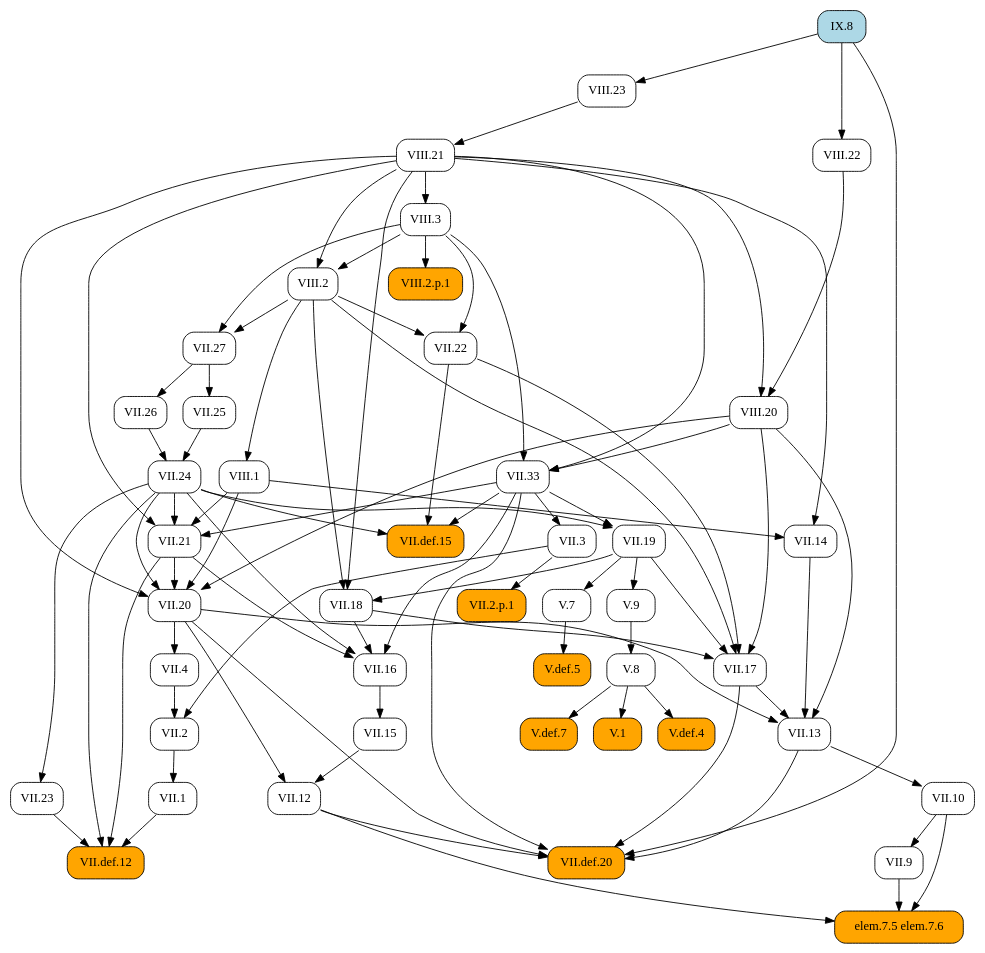
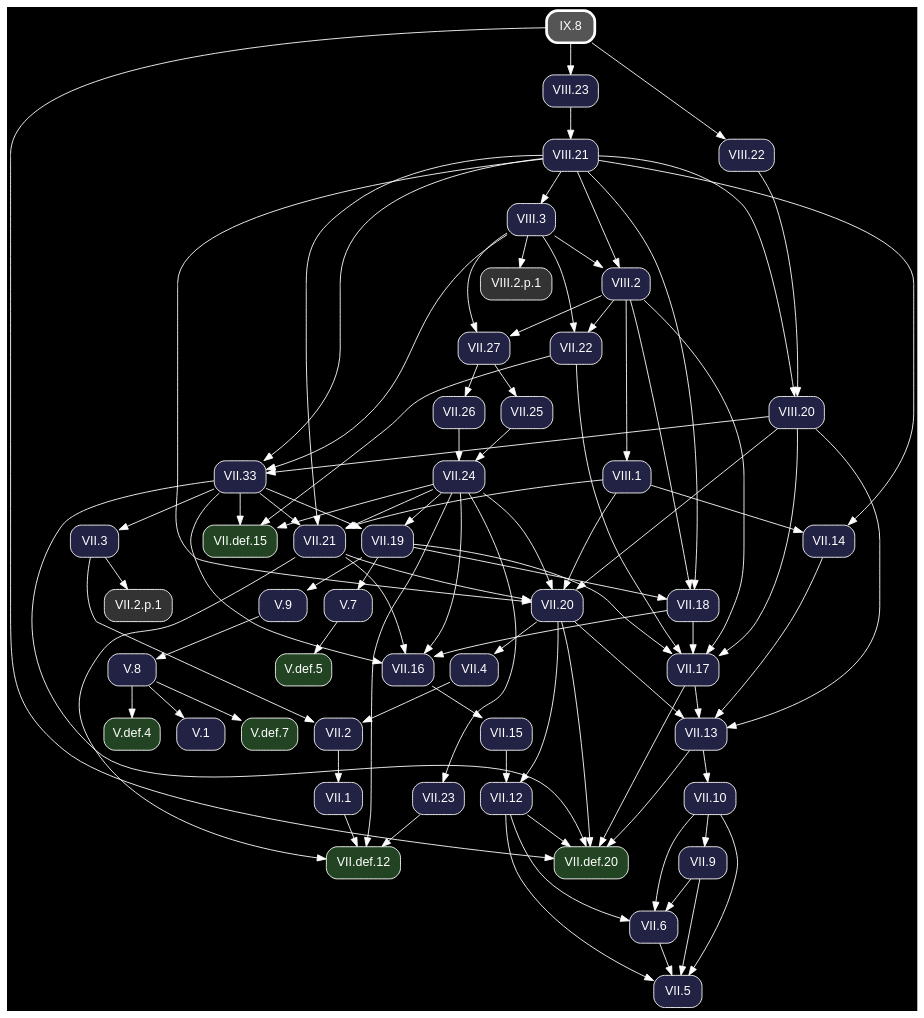
The diagram in docsrc/heath/IX/8/index.rst (geometor/elements), drawn with Graphviz before and after one commit. The commit also changed other lines of this file and 1200 other files, not shown here.

Commit message:
update dependency graphs

```diff
--- a/docsrc/heath/IX/8/index.rst
+++ b/docsrc/heath/IX/8/index.rst
@@ -52,94 +52,62 @@
 .. graphviz::
 
    digraph {
+     bgcolor="black";
+     node [shape=box, style="rounded,filled", fontname="Helvetica", color="white", fontcolor="white"];
+     edge [color="white", fontcolor="white"];
      rankdir="TB";
-     node [shape=box, style=rounded];
-     "VII.33" [URL="/heath/VII/33/", target="_top"];
-     "VII.12" [URL="/heath/VII/12/", target="_top"];
-     "IX.8" [style="rounded,filled", fillcolor=lightblue, URL="/heath/IX/8/", target="_top"];
-     "elem.7.5 elem.7.6" [style="rounded,filled", fillcolor=orange];
-     "VIII.20" [URL="/heath/VIII/20/", target="_top"];
-     "VII.9" [URL="/heath/VII/9/", target="_top"];
-     "VIII.2" [URL="/heath/VIII/2/", target="_top"];
-     "VII.18" [URL="/heath/VII/18/", target="_top"];
-     "VII.16" [URL="/heath/VII/16/", target="_top"];
-     "V.7" [URL="/heath/V/7/", target="_top"];
-     "VII.26" [URL="/heath/VII/26/", target="_top"];
-     "V.def.5" [style="rounded,filled", fillcolor=orange, URL="/heath/V/def.5/", target="_top"];
-     "V.9" [URL="/heath/V/9/", target="_top"];
-     "VII.10" [URL="/heath/VII/10/", target="_top"];
-     "VIII.3" [URL="/heath/VIII/3/", target="_top"];
-     "VII.13" [URL="/heath/VII/13/", target="_top"];
-     "VIII.23" [URL="/heath/VIII/23/", target="_top"];
-     "VII.def.15" [style="rounded,filled", fillcolor=orange, URL="/heath/VII/def.15/", target="_top"];
-     "VII.17" [URL="/heath/VII/17/", target="_top"];
-     "VII.19" [URL="/heath/VII/19/", target="_top"];
-     "VIII.2.p.1" [style="rounded,filled", fillcolor=orange];
-     "VII.2" [URL="/heath/VII/2/", target="_top"];
-     "VII.def.20" [style="rounded,filled", fillcolor=orange, URL="/heath/VII/def.20/", target="_top"];
-     "VII.2.p.1" [style="rounded,filled", fillcolor=orange];
-     "VII.15" [URL="/heath/VII/15/", target="_top"];
-     "V.def.4" [style="rounded,filled", fillcolor=orange, URL="/heath/V/def.4/", target="_top"];
-     "VIII.22" [URL="/heath/VIII/22/", target="_top"];
-     "V.def.7" [style="rounded,filled", fillcolor=orange, URL="/heath/V/def.7/", target="_top"];
-     "VIII.21" [URL="/heath/VIII/21/", target="_top"];
-     "VII.14" [URL="/heath/VII/14/", target="_top"];
-     "VII.27" [URL="/heath/VII/27/", target="_top"];
-     "VII.21" [URL="/heath/VII/21/", target="_top"];
-     "VII.22" [URL="/heath/VII/22/", target="_top"];
-     "VII.25" [URL="/heath/VII/25/", target="_top"];
-     "VIII.1" [URL="/heath/VIII/1/", target="_top"];
-     "VII.1" [URL="/heath/VII/1/", target="_top"];
-     "V.8" [URL="/heath/V/8/", target="_top"];
-     "VII.23" [URL="/heath/VII/23/", target="_top"];
-     "VII.4" [URL="/heath/VII/4/", target="_top"];
-     "VII.def.12" [style="rounded,filled", fillcolor=orange, URL="/heath/VII/def.12/", target="_top"];
-     "V.1" [style="rounded,filled", fillcolor=orange, URL="/heath/V/1/", target="_top"];
-     "VII.3" [URL="/heath/VII/3/", target="_top"];
-     "VII.24" [URL="/heath/VII/24/", target="_top"];
-     "VII.20" [URL="/heath/VII/20/", target="_top"];
+     "VII.33" [fillcolor="#222244", URL="/heath/VII/33/", target="_top"];
+     "V.def.5" [fillcolor="#224422", URL="/heath/V/def.5/", target="_top"];
+     "VII.18" [fillcolor="#222244", URL="/heath/VII/18/", target="_top"];
+     "VII.2" [fillcolor="#222244", URL="/heath/VII/2/", target="_top"];
+     "VII.def.20" [fillcolor="#224422", URL="/heath/VII/def.20/", target="_top"];
+     "VIII.21" [fillcolor="#222244", URL="/heath/VIII/21/", target="_top"];
+     "VII.26" [fillcolor="#222244", URL="/heath/VII/26/", target="_top"];
+     "VII.1" [fillcolor="#222244", URL="/heath/VII/1/", target="_top"];
+     "VII.13" [fillcolor="#222244", URL="/heath/VII/13/", target="_top"];
+     "VIII.2.p.1" [fillcolor="#333333"];
+     "VII.27" [fillcolor="#222244", URL="/heath/VII/27/", target="_top"];
+     "VII.4" [fillcolor="#222244", URL="/heath/VII/4/", target="_top"];
+     "VII.25" [fillcolor="#222244", URL="/heath/VII/25/", target="_top"];
+     "VIII.20" [fillcolor="#222244", URL="/heath/VIII/20/", target="_top"];
+     "IX.8" [penwidth=3, color="white", fillcolor="#555555", URL="/heath/IX/8/", target="_top"];
+     "VIII.22" [fillcolor="#222244", URL="/heath/VIII/22/", target="_top"];
+     "VII.21" [fillcolor="#222244", URL="/heath/VII/21/", target="_top"];
+     "VII.9" [fillcolor="#222244", URL="/heath/VII/9/", target="_top"];
+     "V.7" [fillcolor="#222244", URL="/heath/V/7/", target="_top"];
+     "VII.12" [fillcolor="#222244", URL="/heath/VII/12/", target="_top"];
+     "V.9" [fillcolor="#222244", URL="/heath/V/9/", target="_top"];
+     "VII.17" [fillcolor="#222244", URL="/heath/VII/17/", target="_top"];
+     "VII.24" [fillcolor="#222244", URL="/heath/VII/24/", target="_top"];
+     "VII.22" [fillcolor="#222244", URL="/heath/VII/22/", target="_top"];
+     "VIII.2" [fillcolor="#222244", URL="/heath/VIII/2/", target="_top"];
+     "V.def.7" [fillcolor="#224422", URL="/heath/V/def.7/", target="_top"];
+     "VII.20" [fillcolor="#222244", URL="/heath/VII/20/", target="_top"];
+     "V.def.4" [fillcolor="#224422", URL="/heath/V/def.4/", target="_top"];
+     "VII.5" [fillcolor="#222244", URL="/heath/VII/5/", target="_top"];
+     "VIII.23" [fillcolor="#222244", URL="/heath/VIII/23/", target="_top"];
+     "VII.def.15" [fillcolor="#224422", URL="/heath/VII/def.15/", target="_top"];
+     "VIII.3" [fillcolor="#222244", URL="/heath/VIII/3/", target="_top"];
+     "VII.2.p.1" [fillcolor="#333333"];
+     "VII.6" [fillcolor="#222244", URL="/heath/VII/6/", target="_top"];
+     "VII.16" [fillcolor="#222244", URL="/heath/VII/16/", target="_top"];
+     "VII.15" [fillcolor="#222244", URL="/heath/VII/15/", target="_top"];
+     "V.1" [fillcolor="#222244", URL="/heath/V/1/", target="_top"];
+     "VII.10" [fillcolor="#222244", URL="/heath/VII/10/", target="_top"];
+     "VII.23" [fillcolor="#222244", URL="/heath/VII/23/", target="_top"];
+     "VII.def.12" [fillcolor="#224422", URL="/heath/VII/def.12/", target="_top"];
+     "VII.19" [fillcolor="#222244", URL="/heath/VII/19/", target="_top"];
+     "VIII.1" [fillcolor="#222244", URL="/heath/VIII/1/", target="_top"];
+     "V.8" [fillcolor="#222244", URL="/heath/V/8/", target="_top"];
+     "VII.3" [fillcolor="#222244", URL="/heath/VII/3/", target="_top"];
+     "VII.14" [fillcolor="#222244", URL="/heath/VII/14/", target="_top"];
      "VIII.3" -> "VII.33";
      "VIII.20" -> "VII.33";
      "VIII.21" -> "VII.33";
-     "VII.15" -> "VII.12";
-     "VII.20" -> "VII.12";
-     "VII.9" -> "elem.7.5 elem.7.6";
-     "VII.10" -> "elem.7.5 elem.7.6";
-     "VII.12" -> "elem.7.5 elem.7.6";
-     "VIII.21" -> "VIII.20";
-     "VIII.22" -> "VIII.20";
-     "VII.10" -> "VII.9";
-     "VIII.3" -> "VIII.2";
-     "VIII.21" -> "VIII.2";
+     "V.7" -> "V.def.5";
      "VII.19" -> "VII.18";
      "VIII.2" -> "VII.18";
      "VIII.21" -> "VII.18";
-     "VII.18" -> "VII.16";
-     "VII.21" -> "VII.16";
-     "VII.24" -> "VII.16";
-     "VII.33" -> "VII.16";
-     "VII.19" -> "V.7";
-     "VII.27" -> "VII.26";
-     "V.7" -> "V.def.5";
-     "VII.19" -> "V.9";
-     "VII.13" -> "VII.10";
-     "VIII.21" -> "VIII.3";
-     "VII.14" -> "VII.13";
-     "VII.17" -> "VII.13";
-     "VII.20" -> "VII.13";
-     "VIII.20" -> "VII.13";
-     "IX.8" -> "VIII.23";
-     "VII.22" -> "VII.def.15";
-     "VII.24" -> "VII.def.15";
-     "VII.33" -> "VII.def.15";
-     "VII.18" -> "VII.17";
-     "VII.19" -> "VII.17";
-     "VII.22" -> "VII.17";
-     "VIII.2" -> "VII.17";
-     "VIII.20" -> "VII.17";
-     "VII.24" -> "VII.19";
-     "VII.33" -> "VII.19";
-     "VIII.3" -> "VIII.2.p.1";
      "VII.3" -> "VII.2";
      "VII.4" -> "VII.2";
      "VII.12" -> "VII.def.20";
@@ -148,39 +116,78 @@
      "VII.20" -> "VII.def.20";
      "VII.33" -> "VII.def.20";
      "IX.8" -> "VII.def.20";
-     "VII.3" -> "VII.2.p.1";
-     "VII.16" -> "VII.15";
-     "V.8" -> "V.def.4";
-     "IX.8" -> "VIII.22";
-     "V.8" -> "V.def.7";
      "VIII.23" -> "VIII.21";
-     "VIII.1" -> "VII.14";
-     "VIII.21" -> "VII.14";
+     "VII.27" -> "VII.26";
+     "VII.2" -> "VII.1";
+     "VII.14" -> "VII.13";
+     "VII.17" -> "VII.13";
+     "VII.20" -> "VII.13";
+     "VIII.20" -> "VII.13";
+     "VIII.3" -> "VIII.2.p.1";
      "VIII.2" -> "VII.27";
      "VIII.3" -> "VII.27";
+     "VII.20" -> "VII.4";
+     "VII.27" -> "VII.25";
+     "VIII.21" -> "VIII.20";
+     "VIII.22" -> "VIII.20";
+     "IX.8" -> "VIII.22";
      "VII.24" -> "VII.21";
      "VII.33" -> "VII.21";
      "VIII.1" -> "VII.21";
      "VIII.21" -> "VII.21";
+     "VII.10" -> "VII.9";
+     "VII.19" -> "V.7";
+     "VII.15" -> "VII.12";
+     "VII.20" -> "VII.12";
+     "VII.19" -> "V.9";
+     "VII.18" -> "VII.17";
+     "VII.19" -> "VII.17";
+     "VII.22" -> "VII.17";
+     "VIII.2" -> "VII.17";
+     "VIII.20" -> "VII.17";
+     "VII.25" -> "VII.24";
+     "VII.26" -> "VII.24";
      "VIII.2" -> "VII.22";
      "VIII.3" -> "VII.22";
-     "VII.27" -> "VII.25";
-     "VIII.2" -> "VIII.1";
-     "VII.2" -> "VII.1";
-     "V.9" -> "V.8";
-     "VII.24" -> "VII.23";
-     "VII.20" -> "VII.4";
-     "VII.1" -> "VII.def.12";
-     "VII.21" -> "VII.def.12";
-     "VII.23" -> "VII.def.12";
-     "VII.24" -> "VII.def.12";
-     "V.8" -> "V.1";
-     "VII.33" -> "VII.3";
-     "VII.25" -> "VII.24";
-     "VII.26" -> "VII.24";
+     "VIII.3" -> "VIII.2";
+     "VIII.21" -> "VIII.2";
+     "V.8" -> "V.def.7";
      "VII.21" -> "VII.20";
      "VII.24" -> "VII.20";
      "VIII.1" -> "VII.20";
      "VIII.20" -> "VII.20";
      "VIII.21" -> "VII.20";
+     "V.8" -> "V.def.4";
+     "VII.6" -> "VII.5";
+     "VII.9" -> "VII.5";
+     "VII.10" -> "VII.5";
+     "VII.12" -> "VII.5";
+     "IX.8" -> "VIII.23";
+     "VII.22" -> "VII.def.15";
+     "VII.24" -> "VII.def.15";
+     "VII.33" -> "VII.def.15";
+     "VIII.21" -> "VIII.3";
+     "VII.3" -> "VII.2.p.1";
+     "VII.9" -> "VII.6";
+     "VII.10" -> "VII.6";
+     "VII.12" -> "VII.6";
+     "VII.18" -> "VII.16";
+     "VII.21" -> "VII.16";
+     "VII.24" -> "VII.16";
+     "VII.33" -> "VII.16";
+     "VII.16" -> "VII.15";
+     "V.8" -> "V.1";
+     "VII.13" -> "VII.10";
+     "VII.24" -> "VII.23";
+     "VII.1" -> "VII.def.12";
+     "VII.21" -> "VII.def.12";
+     "VII.23" -> "VII.def.12";
+     "VII.24" -> "VII.def.12";
+     "VII.24" -> "VII.19";
+     "VII.33" -> "VII.19";
+     "VIII.2" -> "VIII.1";
+     "V.9" -> "V.8";
+     "VII.33" -> "VII.3";
+     "VIII.1" -> "VII.14";
+     "VIII.21" -> "VII.14";
    }
```
